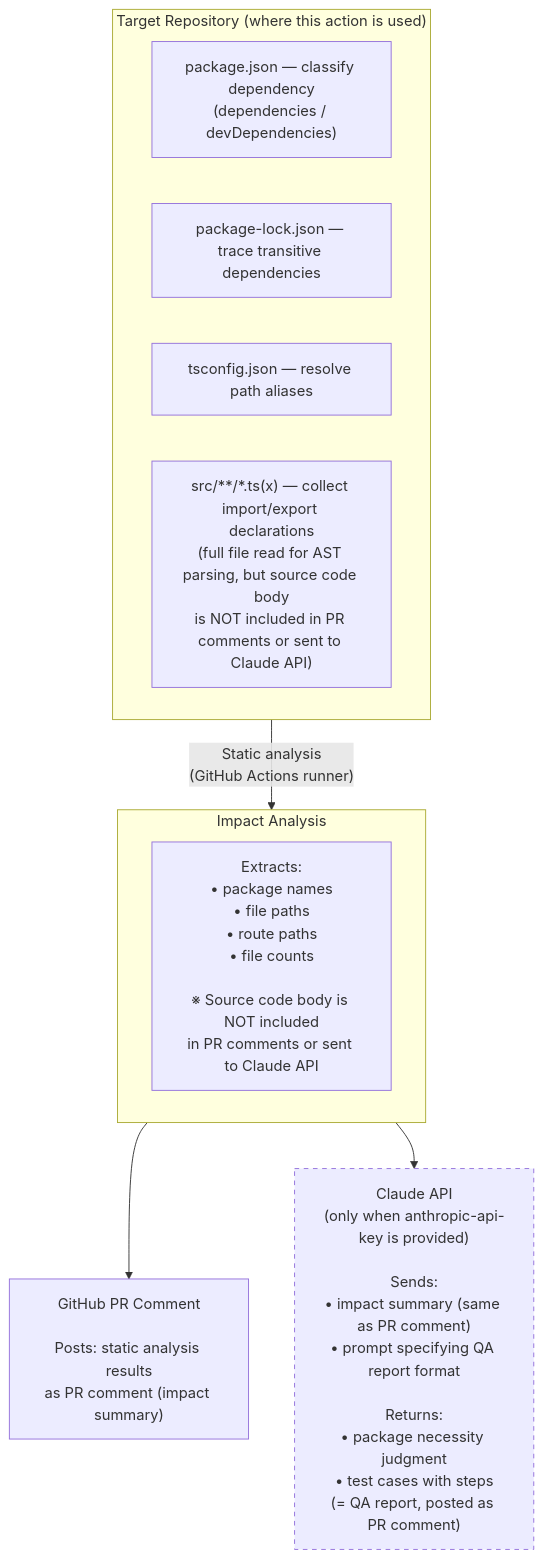
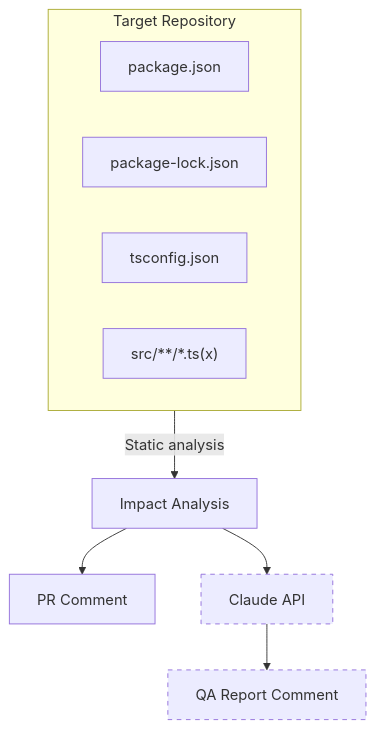
One commit to nokki-y/dependabot-insight changed the diagram in docs/security.md. Above: the diagram before and after it, drawn with Mermaid. The commit also changed other lines of this file and 1 other file, not shown here.

Commit message:
Simplify security data flow Mermaid diagram
Nodes had too much text causing overflow outside boxes.
Split into: simple diagram (structure only) + detail tables
(file purposes, data sent/returned per destination).

````diff
--- a/docs/security.md
+++ b/docs/security.md
@@ -13,20 +13,17 @@
 ```mermaid
 flowchart TD
-    subgraph TARGET["Target Repository (where this action is used)"]
-        F1["package.json — classify dependency<br>(dependencies / devDependencies)"]
-        F2["package-lock.json — trace transitive dependencies"]
-        F3["tsconfig.json — resolve path aliases"]
-        F4["src/**/*.ts(x) — collect import/export declarations<br>(full file read for AST parsing, but source code body<br>is NOT included in PR comments or sent to Claude API)"]
+    subgraph TARGET["Target Repository"]
+        F1["package.json"]
+        F2["package-lock.json"]
+        F3["tsconfig.json"]
+        F4["src/**/*.ts(x)"]
     end
 
-    TARGET -->|"Static analysis<br>(GitHub Actions runner)"| IA
-
-    subgraph IA["Impact Analysis"]
-        EXTRACT["Extracts:<br>• package names<br>• file paths<br>• route paths<br>• file counts<br><br>※ Source code body is NOT included<br>in PR comments or sent to Claude API"]
-    end
-
-    IA --> PR["GitHub PR Comment<br><br>Posts: static analysis results<br>as PR comment (impact summary)"]
-    IA --> CLAUDE["Claude API<br>(only when anthropic-api-key is provided)<br><br>Sends:<br>• impact summary (same as PR comment)<br>• prompt specifying QA report format<br><br>Returns:<br>• package necessity judgment<br>• test cases with steps<br>(= QA report, posted as PR comment)"]
+    TARGET -->|Static analysis| IA["Impact Analysis"]
+    IA --> PR["PR Comment"]
+    IA --> CLAUDE["Claude API"]
+    CLAUDE --> QA["QA Report Comment"]
 
     style CLAUDE stroke-dasharray: 5 5
+    style QA stroke-dasharray: 5 5
 ```
````
